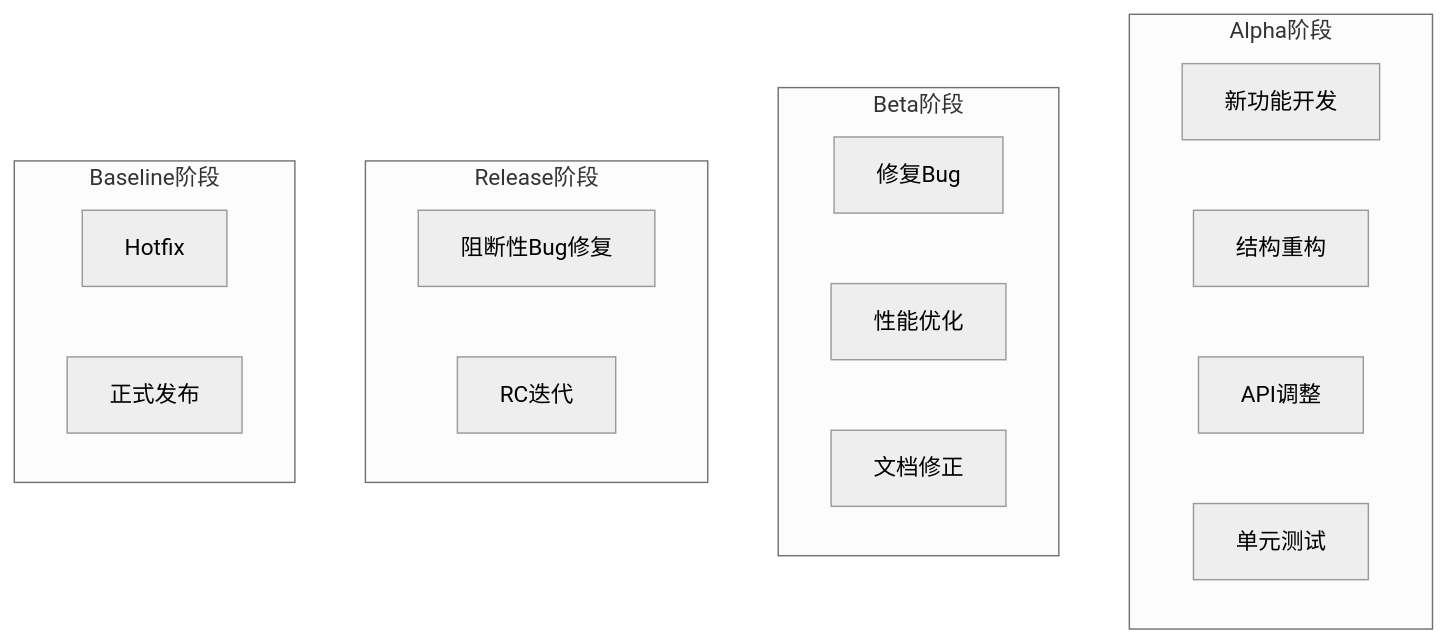
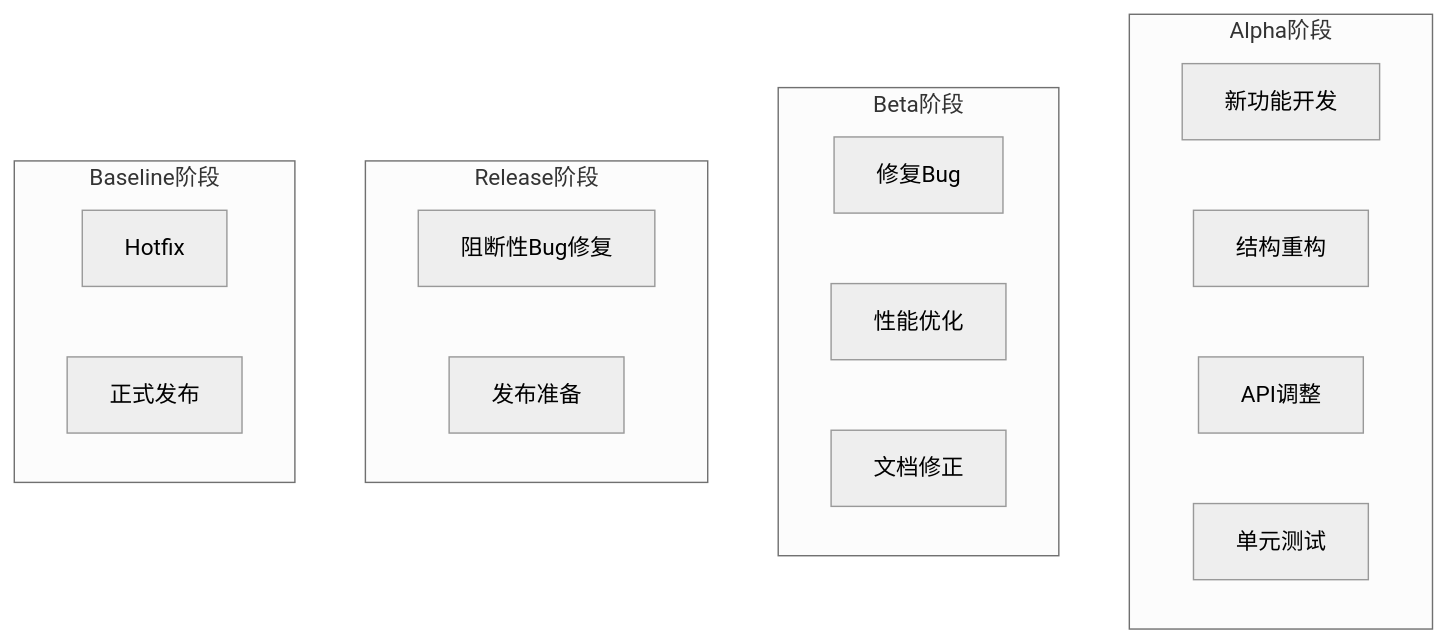
One commit to yinglichina8848/sqlrustgo changed the fourth of 5 diagrams in docs/VERSION_FLOW_DIAGRAM.md. Above: the diagram before and after it, drawn with Mermaid (neutral theme). The commit also changed other lines of this file and 1 other file, not shown here.

````diff
--- a/docs/VERSION_FLOW_DIAGRAM.md
+++ b/docs/VERSION_FLOW_DIAGRAM.md
@@ -97,25 +96,25 @@
 ```mermaid
 graph TB
     subgraph Alpha阶段
         A1[新功能开发]
         A2[结构重构]
         A3[API调整]
         A4[单元测试]
     end
 
     subgraph Beta阶段
         B1[修复Bug]
         B2[性能优化]
         B3[文档修正]
     end
 
     subgraph Release阶段
         R1[阻断性Bug修复]
-        R2[RC迭代]
+        R2[发布准备]
     end
 
     subgraph Baseline阶段
         BL1[Hotfix]
         BL2[正式发布]
     end
 ```
````
